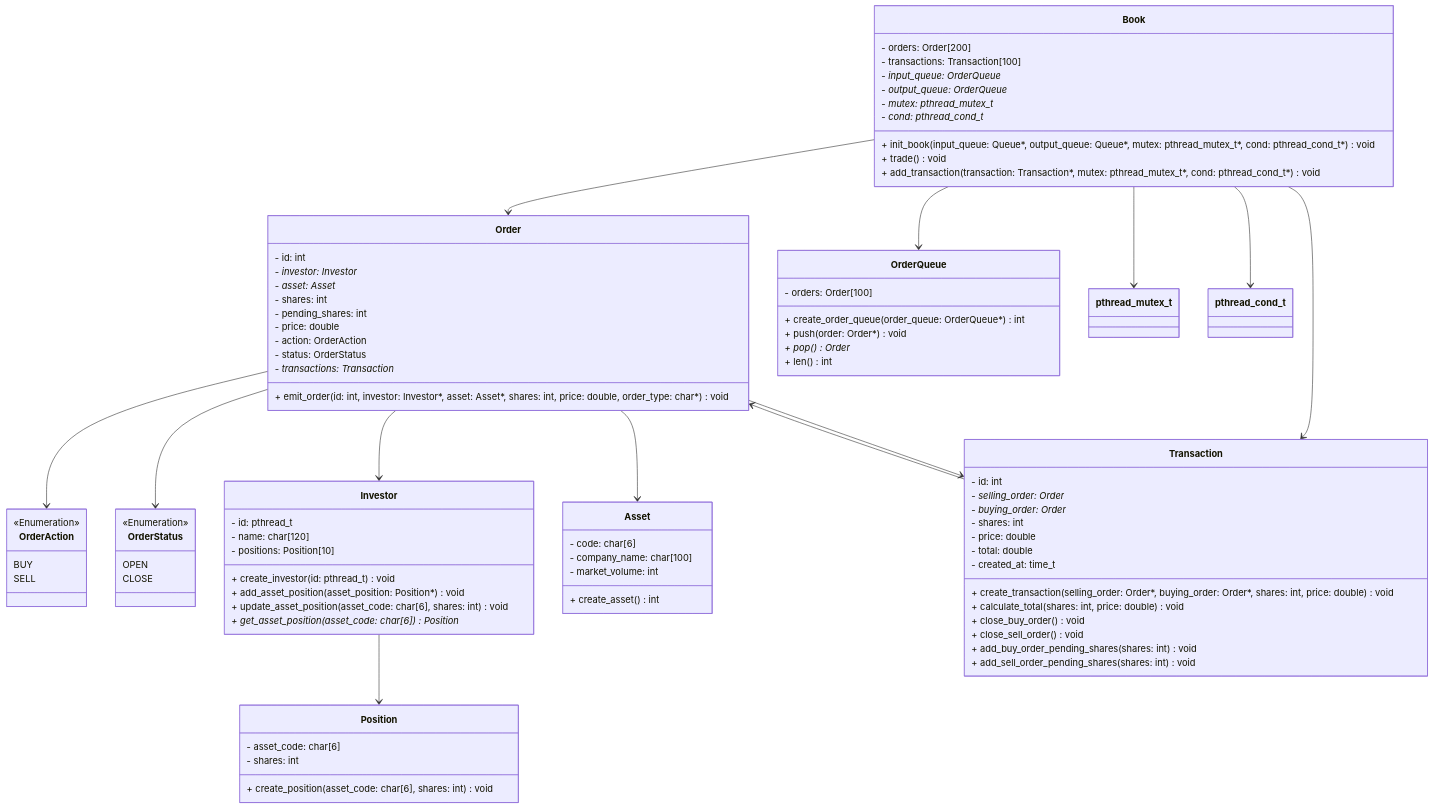
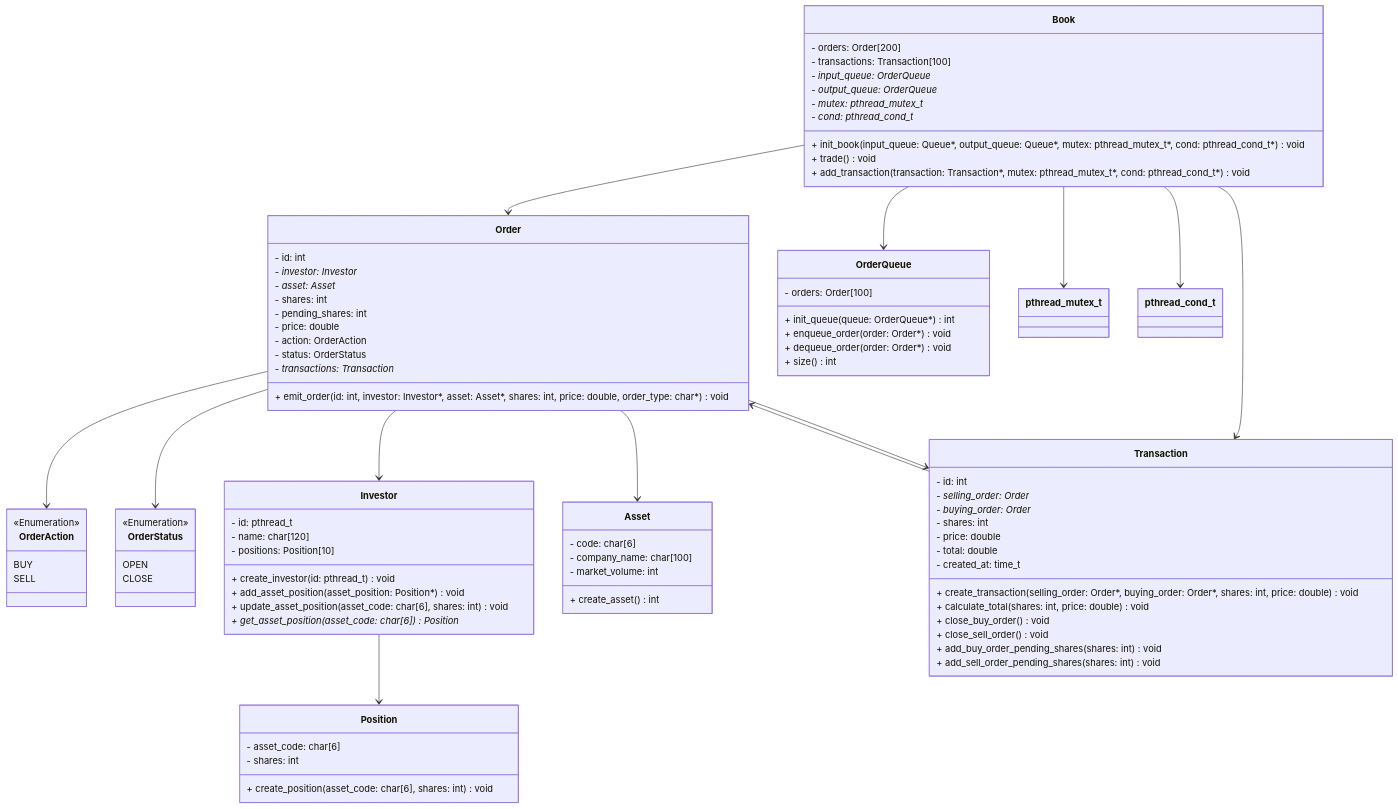
Before and after one commit to ImGabreuw/home-broker-simulation: the diagram in docs/README.md, drawn with Mermaid.

Commit message:
refactor: order queue methods

```diff
--- a/docs/README.md
+++ b/docs/README.md
@@ -87,10 +87,10 @@
     class OrderQueue {
         - orders: Order[100]
 
-        + create_order_queue(order_queue: OrderQueue*) int
-        + push(order: Order*) void
-        + pop() Order*
-        + len() int
+        + init_queue(queue: OrderQueue*) int
+        + enqueue_order(order: Order*) void
+        + dequeue_order(order: Order*) void
+        + size() int
     }
 
     Book --> Order
```
